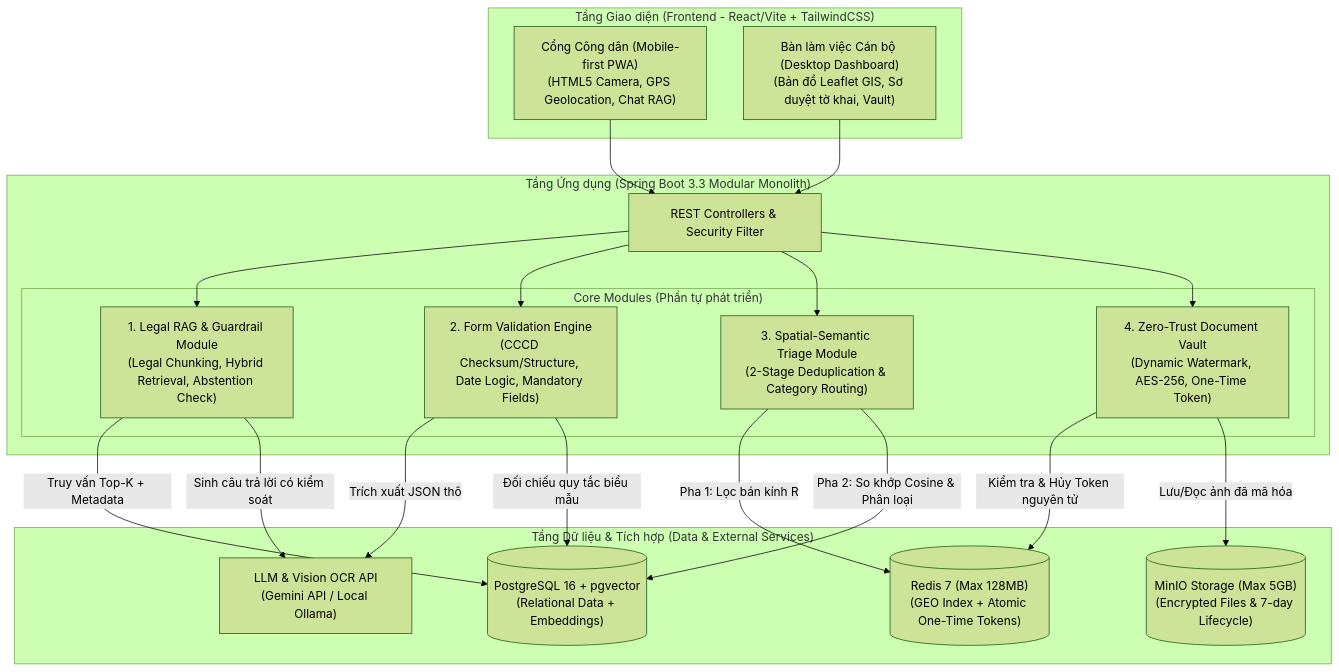
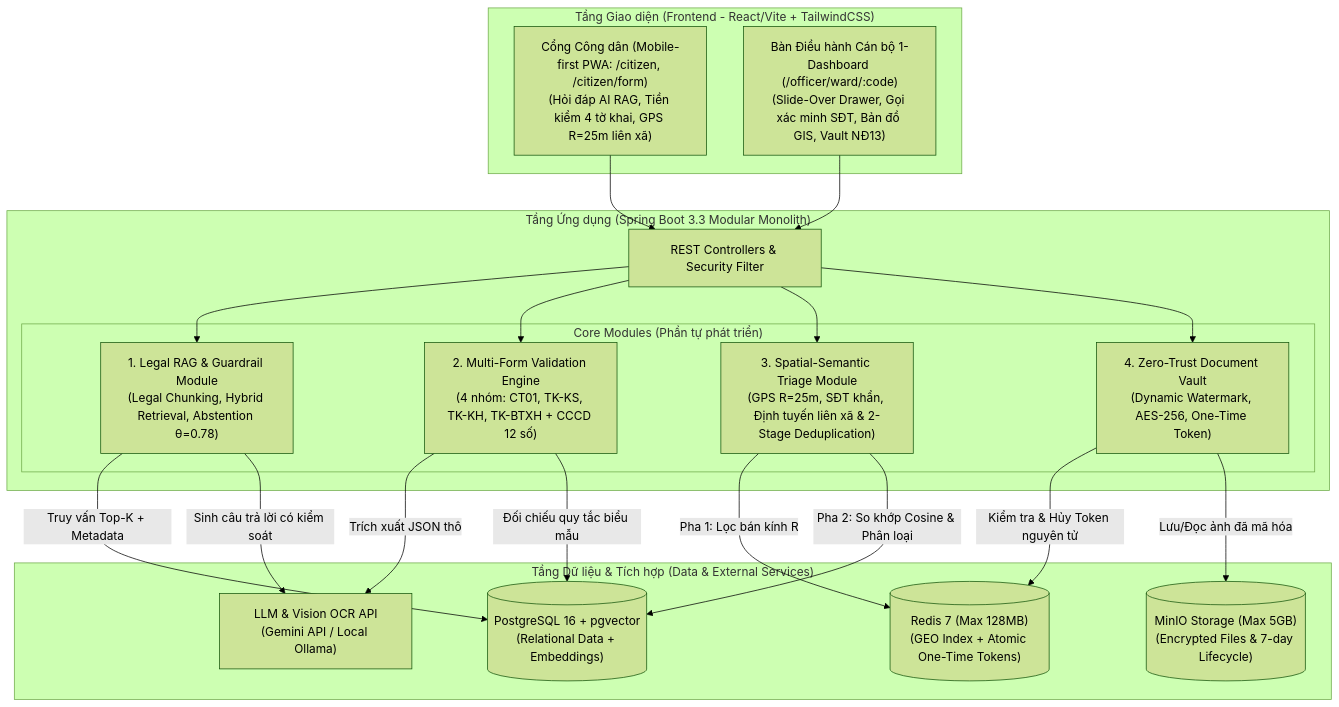
The first of 5 diagrams in docs/architecture/ARCHITECTURE_AND_FLOWS.md (tuankhanh2306/SmartWardAI), drawn with Mermaid (forest theme) before and after one commit. The commit also changed other lines of this file and 3 other files, not shown here.

Commit message:
docs: synchronize README and architecture specs with 4-form precheck, 25m GPS cross-ward routing, and 1-dashboard officer UI

````diff
--- a/docs/architecture/ARCHITECTURE_AND_FLOWS.md
+++ b/docs/architecture/ARCHITECTURE_AND_FLOWS.md
@@ -28,45 +28,45 @@
 ```mermaid
 graph TD
     subgraph "Tầng Giao diện (Frontend - React/Vite + TailwindCSS)"
-        Citizen_UI["Cổng Công dân (Mobile-first PWA)<br/>(HTML5 Camera, GPS Geolocation, Chat RAG)"]
-        Officer_UI["Bàn làm việc Cán bộ (Desktop Dashboard)<br/>(Bản đồ Leaflet GIS, Sơ duyệt tờ khai, Vault)"]
+        Citizen_UI["Cổng Công dân (Mobile-first PWA: /citizen, /citizen/form)<br/>(Hỏi đáp AI RAG, Tiền kiểm 4 tờ khai, GPS R=25m liên xã)"]
+        Officer_UI["Bàn Điều hành Cán bộ 1-Dashboard (/officer/ward/:code)<br/>(Slide-Over Drawer, Gọi xác minh SĐT, Bản đồ GIS, Vault NĐ13)"]
     end
 
     subgraph "Tầng Ứng dụng (Spring Boot 3.3 Modular Monolith)"
         API_Layer["REST Controllers & Security Filter"]
         
         subgraph "Core Modules (Phần tự phát triển)"
-            RAG_Mod["1. Legal RAG & Guardrail Module<br/>(Legal Chunking, Hybrid Retrieval, Abstention Check)"]
-            Form_Mod["2. Form Validation Engine<br/>(CCCD Checksum/Structure, Date Logic, Mandatory Fields)"]
-            Triage_Mod["3. Spatial-Semantic Triage Module<br/>(2-Stage Deduplication & Category Routing)"]
+            RAG_Mod["1. Legal RAG & Guardrail Module<br/>(Legal Chunking, Hybrid Retrieval, Abstention θ=0.78)"]
+            Form_Mod["2. Multi-Form Validation Engine<br/>(4 nhóm: CT01, TK-KS, TK-KH, TK-BTXH + CCCD 12 số)"]
+            Triage_Mod["3. Spatial-Semantic Triage Module<br/>(GPS R=25m, SĐT khẩn, Định tuyến liên xã & 2-Stage Deduplication)"]
             Vault_Mod["4. Zero-Trust Document Vault<br/>(Dynamic Watermark, AES-256, One-Time Token)"]
         end
     end
 
     subgraph "Tầng Dữ liệu & Tích hợp (Data & External Services)"
         PG[("PostgreSQL 16 + pgvector<br/>(Relational Data + Embeddings)")]
         RD[("Redis 7 (Max 128MB)<br/>(GEO Index + Atomic One-Time Tokens)")]
         MO[("MinIO Storage (Max 5GB)<br/>(Encrypted Files & 7-day Lifecycle)")]
         LLM["LLM & Vision OCR API<br/>(Gemini API / Local Ollama)"]
     end
 
     Citizen_UI --> API_Layer
     Officer_UI --> API_Layer
 
     API_Layer --> RAG_Mod
     API_Layer --> Form_Mod
     API_Layer --> Triage_Mod
     API_Layer --> Vault_Mod
 
     RAG_Mod -->|Truy vấn Top-K + Metadata| PG
     RAG_Mod -->|Sinh câu trả lời có kiểm soát| LLM
 
     Form_Mod -->|Trích xuất JSON thô| LLM
     Form_Mod -->|Đối chiếu quy tắc biểu mẫu| PG
 
     Triage_Mod -->|Pha 1: Lọc bán kính R| RD
     Triage_Mod -->|Pha 2: So khớp Cosine & Phân loại| PG
 
     Vault_Mod -->|Kiểm tra & Hủy Token nguyên tử| RD
     Vault_Mod -->|Lưu/Đọc ảnh đã mã hóa| MO
 ```
````
